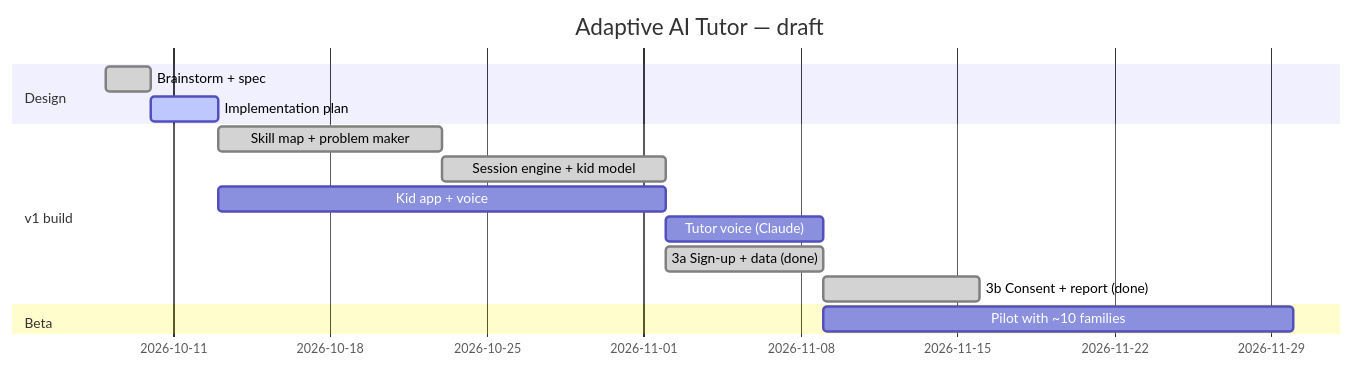
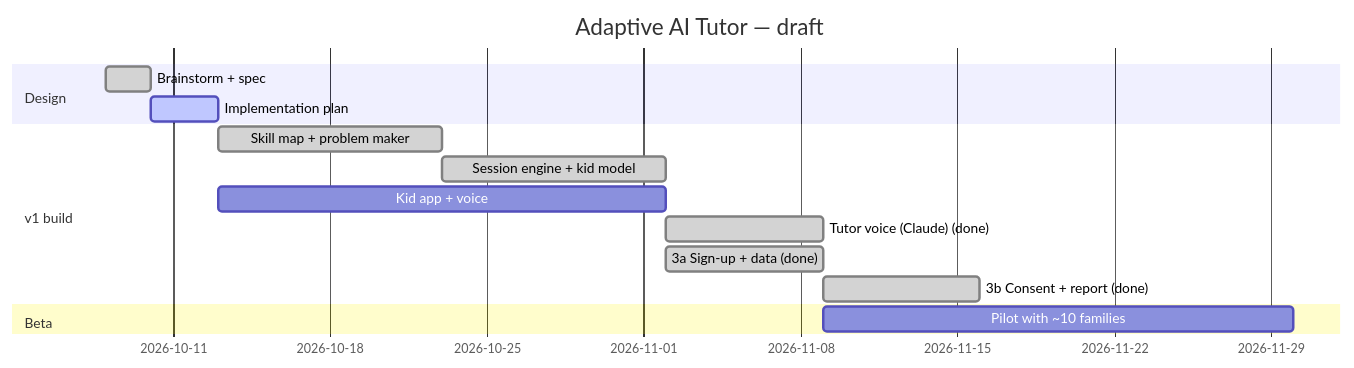
One commit to andrejovnarski/ai-tutor changed the diagram in vault/05 Roadmap/Roadmap.md. Above: the diagram before and after it, drawn with Mermaid. The commit also changed 11 other files, not shown here.

Commit message:
feat: tutor live eval script; docs: tutor voice setup; roadmap

````diff
--- a/vault/05 Roadmap/Roadmap.md
+++ b/vault/05 Roadmap/Roadmap.md
@@ -9,17 +9,17 @@
 ```mermaid
 gantt
   title Adaptive AI Tutor — draft
   dateFormat YYYY-MM-DD
   section Design
   Brainstorm + spec         :done, d1, 2026-10-08, 2d
   Implementation plan       :active, d2, after d1, 3d
   section v1 build
   Skill map + problem maker :done, b1, after d2, 10d
   Session engine + kid model:done, b2, after b1, 10d
   Kid app + voice           :b3, after d2, 20d
-  Tutor voice (Claude)      :b4, after b2, 7d
+  Tutor voice (Claude) (done) :done, b4, after b2, 7d
   3a Sign-up + data (done)  :done, b5a, after b2, 7d
   3b Consent + report (done) :done, b5b, after b5a, 7d
   section Beta
   Pilot with ~10 families   :p1, after b4, 21d
 ```
````
